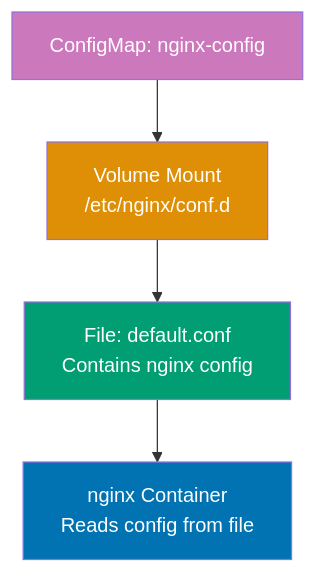
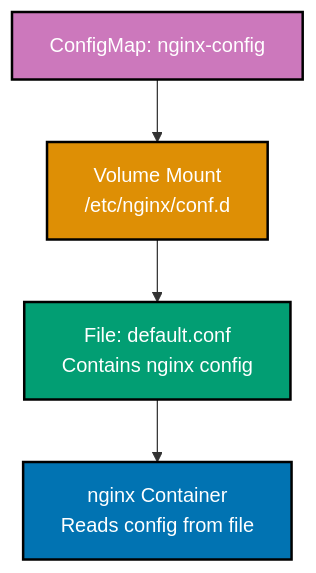
The eighth of 9 diagrams in apps/ayokoding-web/content/en/learn/software-engineering/infrastructure/tools/kubernetes/by-example/beginner.md (wahidyankf/open-sharia-enterprise), drawn with Mermaid before and after one commit. The commit also changed other lines of this file and 25 other files, not shown here.

````diff
--- a/apps/ayokoding-web/content/en/learn/software-engineering/infrastructure/tools/kubernetes/by-example/beginner.md
+++ b/apps/ayokoding-web/content/en/learn/software-engineering/infrastructure/tools/kubernetes/by-example/beginner.md
@@ -1302,12 +1309,13 @@
 ```mermaid
+%% Color Palette: Blue #0173B2, Orange #DE8F05, Teal #029E73, Purple #CC78BC, Brown #CA9161
 %% ConfigMap volume mount
 graph TD
  A[ConfigMap: nginx-config] --> B[Volume Mount<br/>/etc/nginx/conf.d]
  B --> C[File: default.conf<br/>Contains nginx config]
  C --> D[nginx Container<br/>Reads config from file]
 
- style A fill:#CC78BC,color:#fff
- style B fill:#DE8F05,color:#fff
- style C fill:#029E73,color:#fff
- style D fill:#0173B2,color:#fff
+ style A fill:#CC78BC,stroke:#000000,stroke-width:2px,color:#fff
+ style B fill:#DE8F05,stroke:#000000,stroke-width:2px,color:#fff
+ style C fill:#029E73,stroke:#000000,stroke-width:2px,color:#fff
+ style D fill:#0173B2,stroke:#000000,stroke-width:2px,color:#fff
 ```
````
